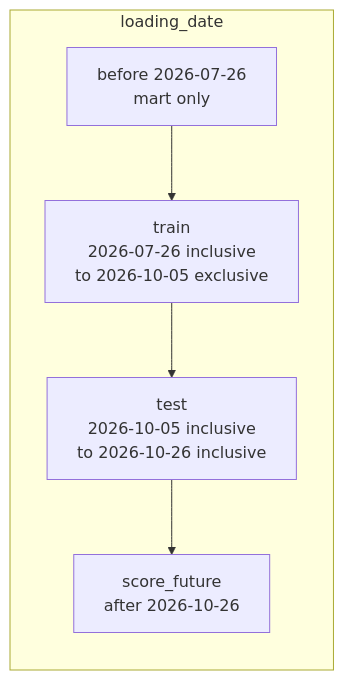
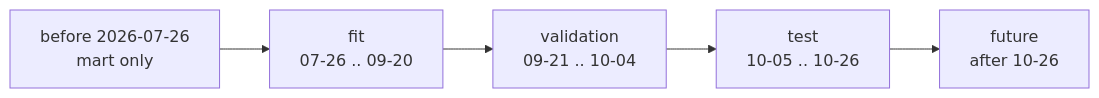
Before and after one commit to stackmesh/logistics-data-platform: the diagram in docs/ml_design.md, drawn with Mermaid. The commit also changed other lines of this file and 10 other files, not shown here.

````diff
--- a/docs/ml_design.md
+++ b/docs/ml_design.md
@@ -34,10 +34,4 @@
 ```mermaid
 flowchart LR
-  subgraph axis ["loading_date"]
-    before["before 2026-07-26<br/>mart only"]
-    train["train<br/>2026-07-26 inclusive<br/>to 2026-10-05 exclusive"]
-    test["test<br/>2026-10-05 inclusive<br/>to 2026-10-26 inclusive"]
-    future["score_future<br/>after 2026-10-26"]
-  end
-  before --> train --> test --> future
+  before["before 2026-07-26<br/>mart only"] --> fit["fit<br/>07-26 .. 09-20"] --> val["validation<br/>09-21 .. 10-04"] --> test["test<br/>10-05 .. 10-26"] --> future["future<br/>after 10-26"]
 ```
````
